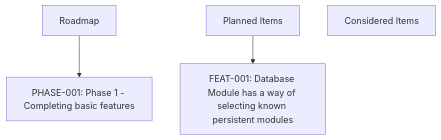
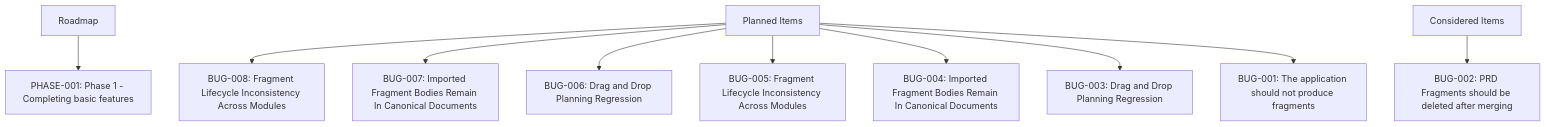
Before and after one commit to enabledtocreate/angels-desktop-project-manager: the diagram in docs/ROADMAP.md, drawn with Mermaid. The commit also changed other lines of this file and 15 other files, not shown here.

````diff
--- a/docs/ROADMAP.md
+++ b/docs/ROADMAP.md
@@ -1259,8 +530,15 @@
 ```mermaid
 flowchart TD
   roadmap["Roadmap"]
   planned["Planned Items"]
   considered["Considered Items"]
   roadmap --> phase_phase_001["PHASE-001: Phase 1 - Completing basic features"]
-  planned --> feature_feature_1775007815284_mxx2cxf["FEAT-001: Database Module has a way of selecting known persistent modules"]
+  planned --> bug_bug_1775260498325_6ol1enm["BUG-008: Fragment Lifecycle Inconsistency Across Modules"]
+  planned --> bug_bug_1775260497797_580tuqz["BUG-007: Imported Fragment Bodies Remain In Canonical Documents"]
+  planned --> bug_bug_1775260497330_1iuegfh["BUG-006: Drag and Drop Planning Regression"]
+  planned --> bug_bug_1775259007958_9e1v5uq["BUG-005: Fragment Lifecycle Inconsistency Across Modules"]
+  planned --> bug_bug_1775259007507_oohx0ts["BUG-004: Imported Fragment Bodies Remain In Canonical Documents"]
+  planned --> bug_bug_1775259006850_31h8czq["BUG-003: Drag and Drop Planning Regression"]
+  planned --> bug_bug_1775007912160_wi58d94["BUG-001: The application should not produce fragments"]
+  considered --> bug_bug_1774625378814_fscisc2["BUG-002: PRD Fragments should be deleted after merging"]
 ```
````
